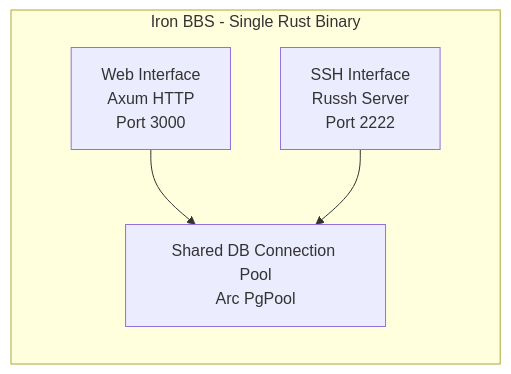
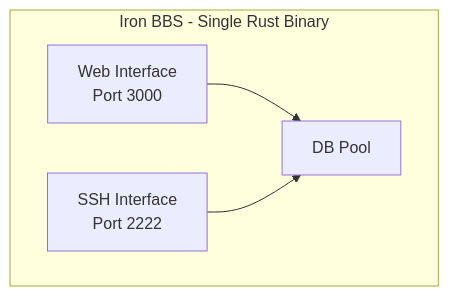
Before and after one commit to G36maid/iron-bbs: the diagram in README.md, drawn with Mermaid. The commit also changed other lines of this file and 29 other files, not shown here.

````diff
--- a/README.md
+++ b/README.md
@@ -9,12 +204,11 @@
 ```mermaid
 graph TD
     subgraph Binary [Iron BBS - Single Rust Binary]
-        direction TB
-        Web[Web Interface<br>Axum HTTP<br>Port 3000]
-        SSH[SSH Interface<br>Russh Server<br>Port 2222]
-        Pool[Shared DB Connection Pool<br>Arc PgPool]
+        Web[Web Interface<br>Port 3000]
+        SSH[SSH Interface<br>Port 2222]
+        Pool[DB Pool]
     end
-
+    
     Web --> Pool
     SSH --> Pool
 ```
````
